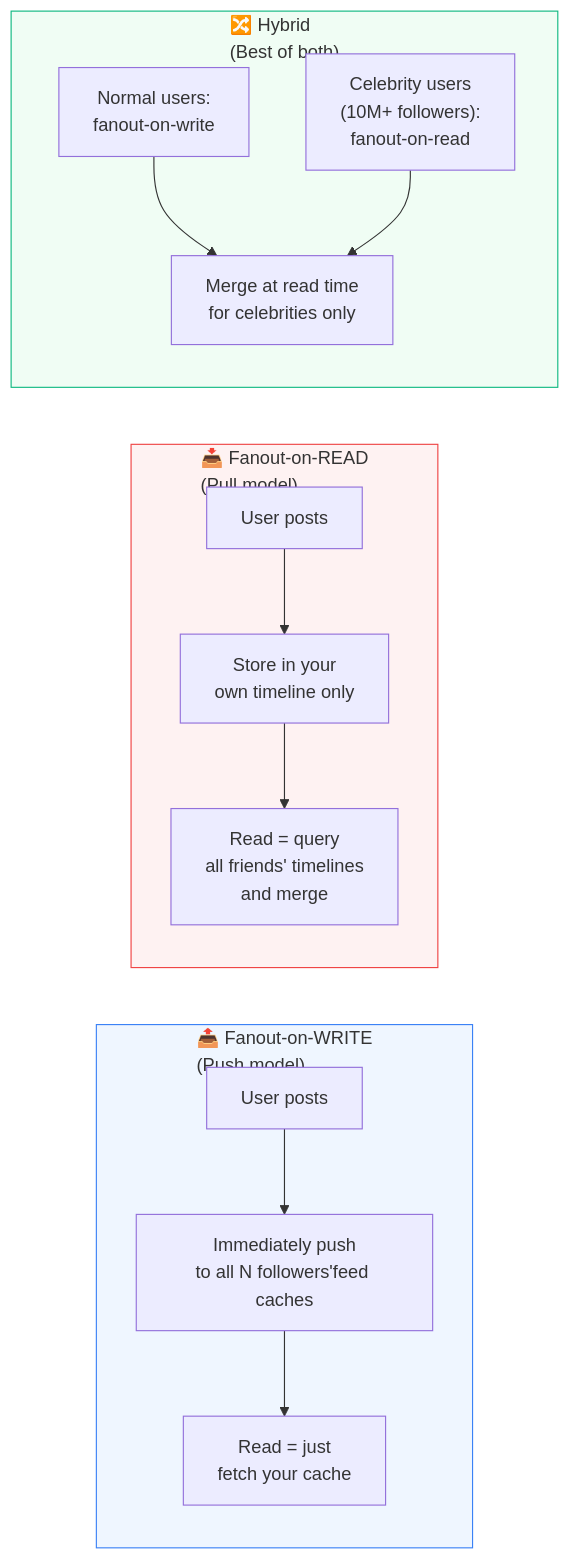
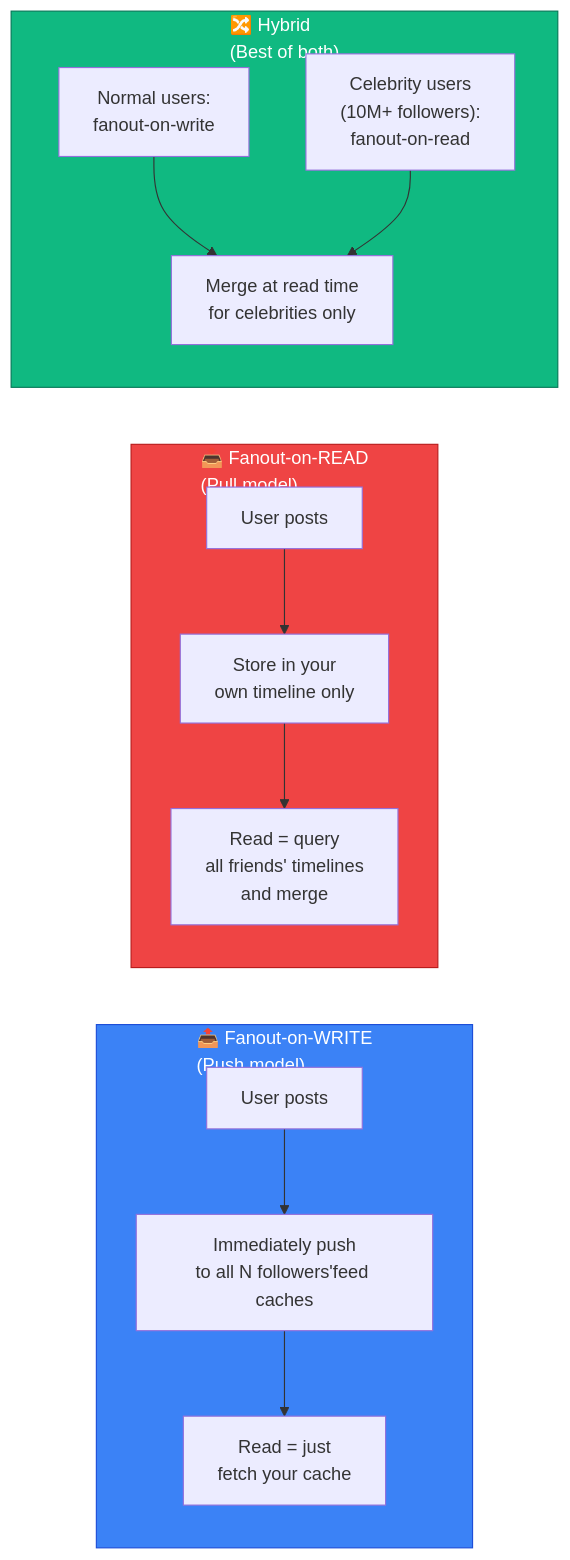
Before and after one commit to devops-monk/system-design-blog: diagram 11 of 18 in content/posts/2026/framework-for-system-design-interviews.md, drawn with Mermaid. The commit also changed other lines of this file and 5 other files, not shown here.

````diff
--- a/content/posts/2026/framework-for-system-design-interviews.md
+++ b/content/posts/2026/framework-for-system-design-interviews.md
@@ -457,31 +457,31 @@
 ```mermaid
 flowchart LR
     subgraph FOW["📤 Fanout-on-WRITE\n(Push model)"]
         direction TB
         W1["User posts"]
         W2["Immediately push\nto all N followers'feed caches"]
         W3["Read = just\nfetch your cache"]
         W1 --> W2 --> W3
     end
 
     subgraph FOR["📥 Fanout-on-READ\n(Pull model)"]
         direction TB
         R1["User posts"]
         R2["Store in your\nown timeline only"]
         R3["Read = query\nall friends' timelines\nand merge"]
         R1 --> R2 --> R3
     end
 
     subgraph HYBRID["🔀 Hybrid\n(Best of both)"]
         direction TB
         H1["Normal users:\nfanout-on-write"]
         H2["Celebrity users\n(10M+ followers):\nfanout-on-read"]
         H3["Merge at read time\nfor celebrities only"]
         H1 --> H3
         H2 --> H3
     end
 
-    style FOW fill:#EFF6FF,stroke:#3B82F6
-    style FOR fill:#FEF2F2,stroke:#EF4444
-    style HYBRID fill:#F0FDF4,stroke:#10B981
+    style FOW fill:#3B82F6,stroke:#1D4ED8,color:#fff
+    style FOR fill:#EF4444,stroke:#B91C1C,color:#fff
+    style HYBRID fill:#10B981,stroke:#047857,color:#fff
 ```
````
